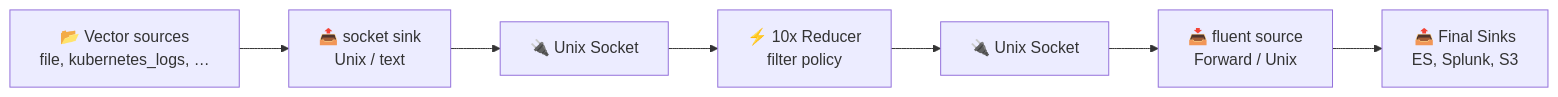
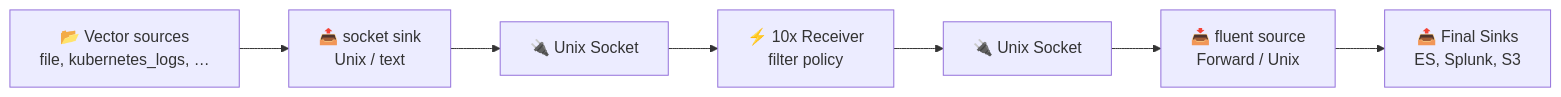
Before and after one commit to log-10x/modules: the diagram in pipelines/run/modules/input/forwarder/vector/regulate/doc.md, drawn with Mermaid. The commit also changed other lines of this file and 41 other files, not shown here.

````diff
--- a/pipelines/run/modules/input/forwarder/vector/regulate/doc.md
+++ b/pipelines/run/modules/input/forwarder/vector/regulate/doc.md
@@ -9,9 +9,9 @@
 ```mermaid
 graph LR
     A["📂 Vector sources<br/>file, kubernetes_logs, …"] --> B["📤 socket sink<br/>Unix / text"]
     B --> C["🔌 Unix Socket"]
-    C --> D["⚡ 10x Reducer<br/>filter policy"]
+    C --> D["⚡ 10x Receiver<br/>filter policy"]
     D --> E["🔌 Unix Socket"]
     E --> F["📥 fluent source<br/>Forward / Unix"]
     F --> G["📤 Final Sinks<br/>ES, Splunk, S3"]
 ```
````
